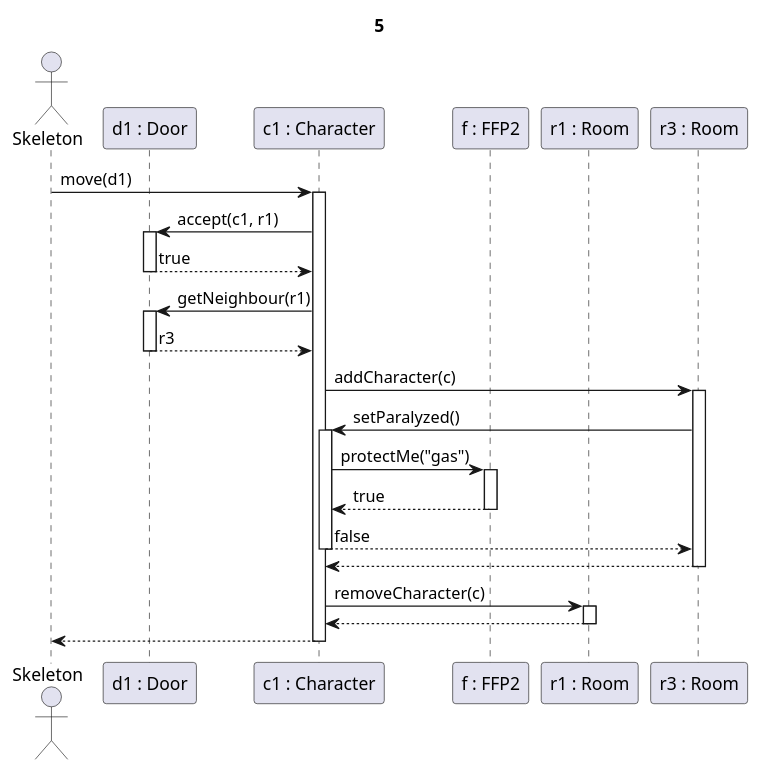
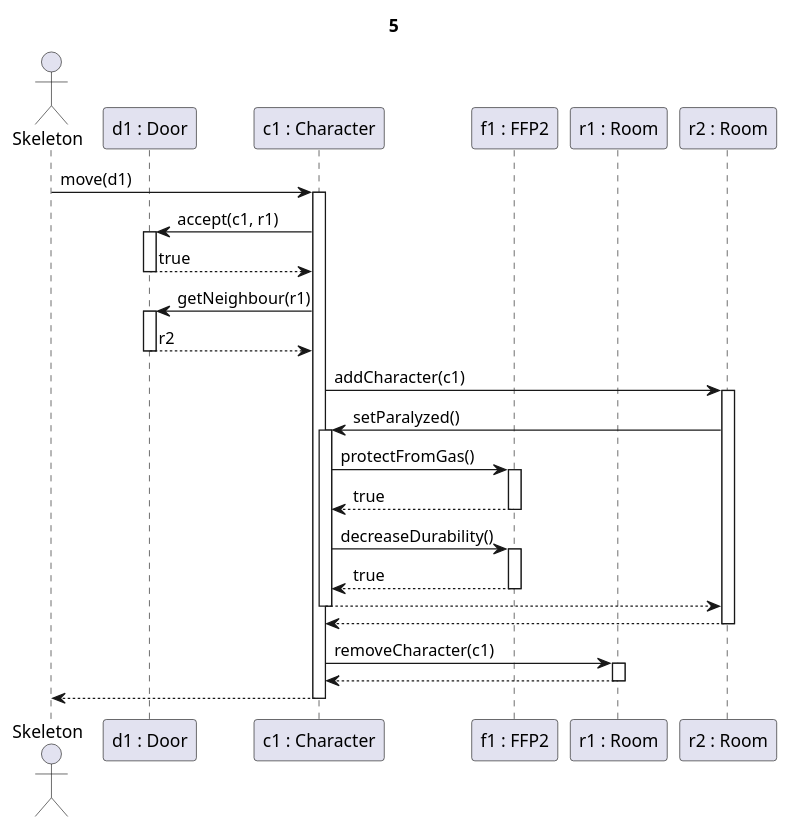
One commit to kipolaris/skyrimscriptsuttogok changed the diagram in partII_sequence diagrams/5.puml. Above: the diagram before and after it, drawn with PlantUML. The commit also changed 113 other files, not shown here.

Commit message:
generated all 46 sequence diagrams and the use-case diagram

```diff
--- a/partII_sequence diagrams/5.puml
+++ b/partII_sequence diagrams/5.puml
@@ -1,38 +1,41 @@
-@startuml Gázos szoba
+@startuml ffp2 + nem jár le az idő
 
 Title 5
 
 actor Skeleton as sk
 participant "d1 : Door" as d
 participant "c1 : Character" as c
-participant "f : FFP2" as f
+participant "f1 : FFP2" as f
 participant "r1 : Room" as r1
-participant "r3 : Room" as r3
+participant "r2 : Room" as r2
 
 sk -> c ++: move(d1)
 
 c->d ++: accept(c1, r1)
 d-->c --: true
 
 c -> d ++: getNeighbour(r1)
 
-d-->c --: r3
+d-->c --: r2
 
-c->r3 ++: addCharacter(c)
+c->r2 ++: addCharacter(c1)
 
-r3->c ++: setParalyzed()
+r2->c ++: setParalyzed()
 
-c->f ++: protectMe("gas")
+c->f ++: protectFromGas()
 
 f-->c --: true
 
-c-->r3 --: false
+c->f ++: decreaseDurability()
+return true
 
-r3 -->c --:
+c-->r2 --:
 
-c->r1 ++: removeCharacter(c)
+r2 -->c --:
+
+c->r1 ++: removeCharacter(c1)
 return
 
 c-->sk --:
 
 @enduml
```
